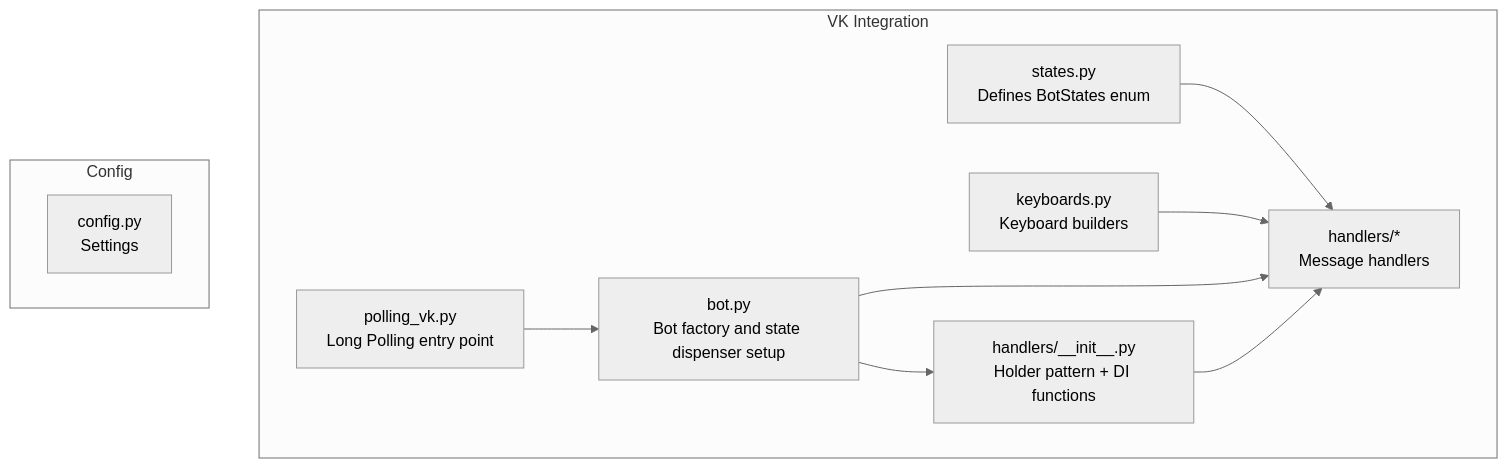
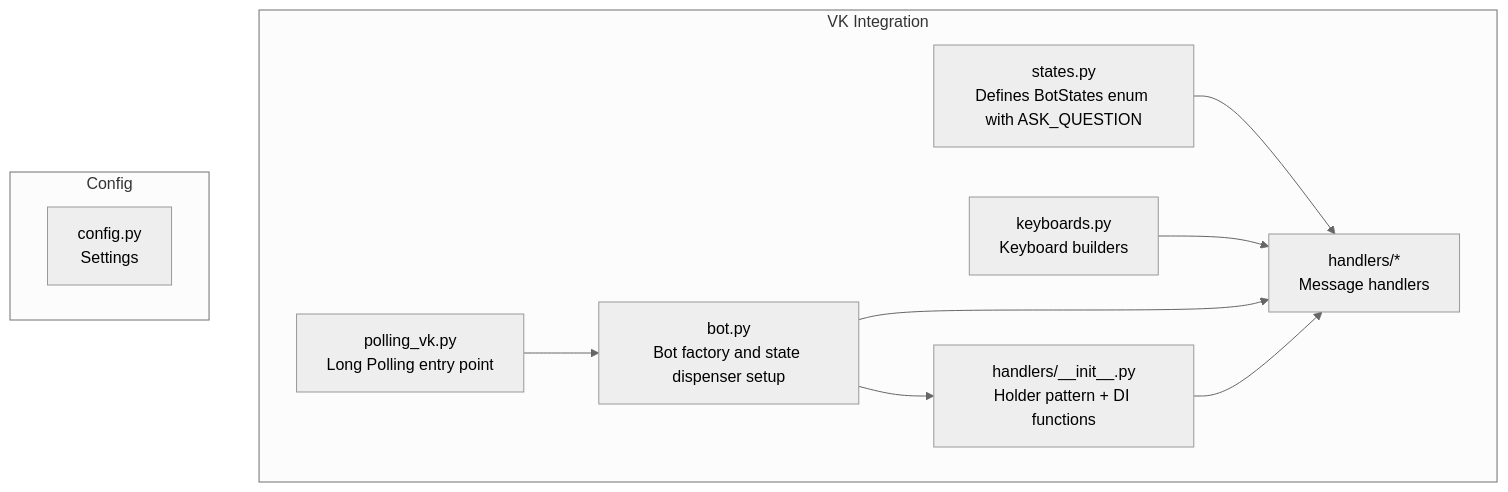
One commit to ognelis/cafetera_hr_bot changed the first of 10 diagrams in .qoder/repowiki/en/content/State Management.md. Above: the diagram before and after it, drawn with Mermaid (neutral theme). The commit also changed other lines of this file and 16 other files, not shown here.

````diff
--- a/.qoder/repowiki/en/content/State Management.md
+++ b/.qoder/repowiki/en/content/State Management.md
@@ -51,20 +51,20 @@
 ```mermaid
 graph TB
 subgraph "VK Integration"
-ST["states.py<br/>Defines BotStates enum"]
+ST["states.py<br/>Defines BotStates enum with ASK_QUESTION"]
 HK["handlers/*<br/>Message handlers"]
 KB["keyboards.py<br/>Keyboard builders"]
 BT["bot.py<br/>Bot factory and state dispenser setup"]
 HD["handlers/__init__.py<br/>Holder pattern + DI functions"]
 PL["polling_vk.py<br/>Long Polling entry point"]
 end
 subgraph "Config"
 CFG["config.py<br/>Settings"]
 end
 ST --> HK
 KB --> HK
 BT --> HK
 BT --> HD
 HD --> HK
 PL --> BT
 ```
````
